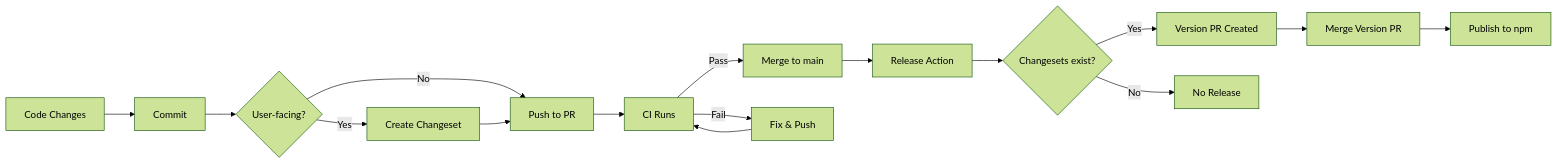
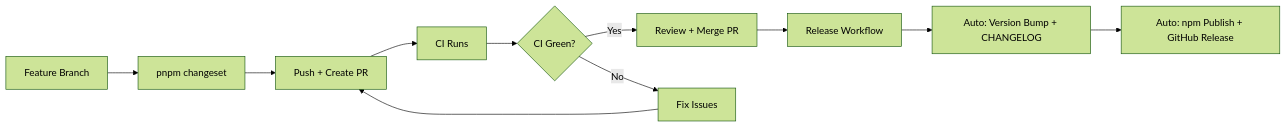
The third of 3 diagrams in AGENTS.md (kigumi-ui/kigumi-cli), drawn with Mermaid (forest theme) before and after one commit. The commit also changed other lines of this file and 2 other files, not shown here.

Commit message:
refactor(ci): update release process documentation and CI workflows

````diff
--- a/AGENTS.md
+++ b/AGENTS.md
@@ -487,18 +487,13 @@
 ```mermaid
 flowchart LR
-    A[Code Changes] --> B[Commit]
-    B --> C{User-facing?}
-    C -->|Yes| D[Create Changeset]
-    C -->|No| E[Push to PR]
-    D --> E
-    E --> F[CI Runs]
-    F -->|Pass| G[Merge to main]
-    F -->|Fail| H[Fix & Push]
-    H --> F
-    G --> I[Release Action]
-    I --> J{Changesets exist?}
-    J -->|Yes| K[Version PR Created]
-    K --> L[Merge Version PR]
-    L --> M[Publish to npm]
-    J -->|No| N[No Release]
+    A[Feature Branch] --> B[pnpm changeset]
+    B --> C[Push + Create PR]
+    C --> D[CI Runs]
+    D --> E{CI Green?}
+    E -->|Yes| F[Review + Merge PR]
+    E -->|No| G[Fix Issues]
+    G --> C
+    F --> H[Release Workflow]
+    H --> I[Auto: Version Bump + CHANGELOG]
+    I --> J[Auto: npm Publish + GitHub Release]
 ```
````
